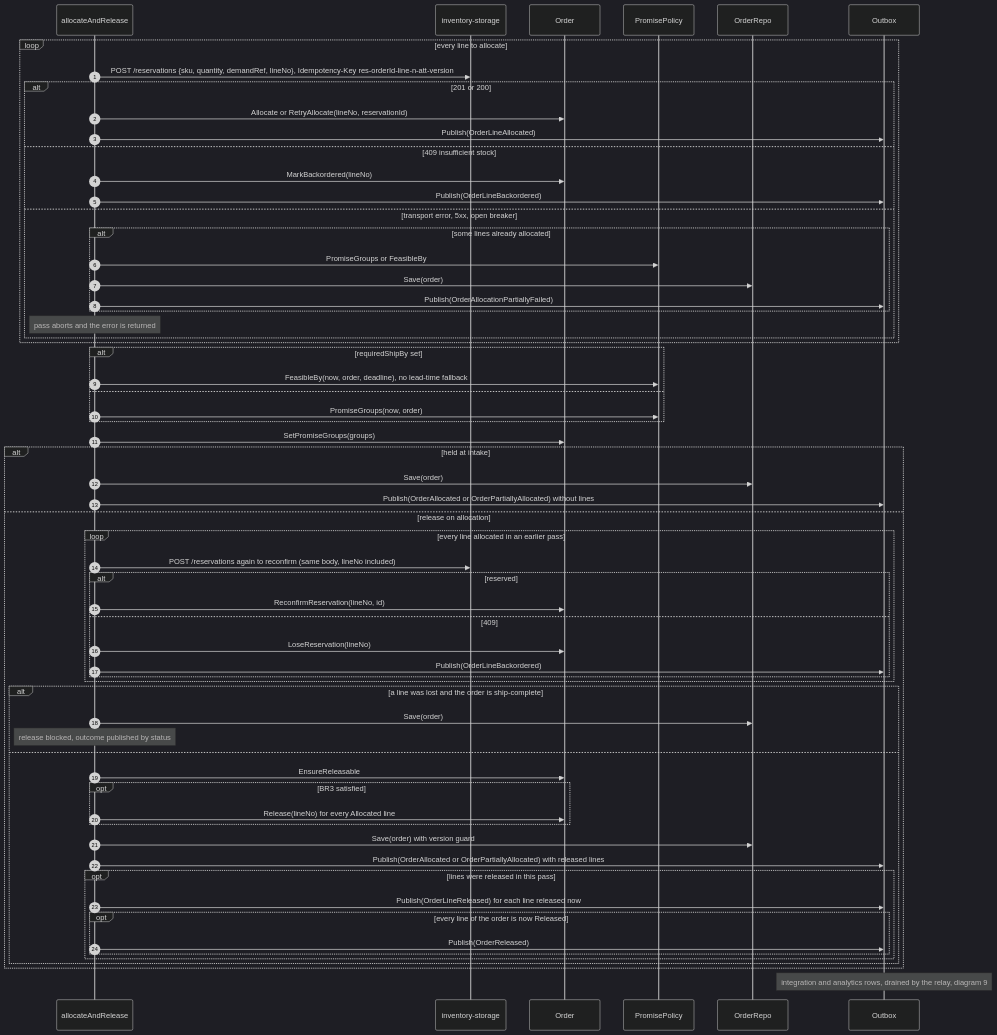
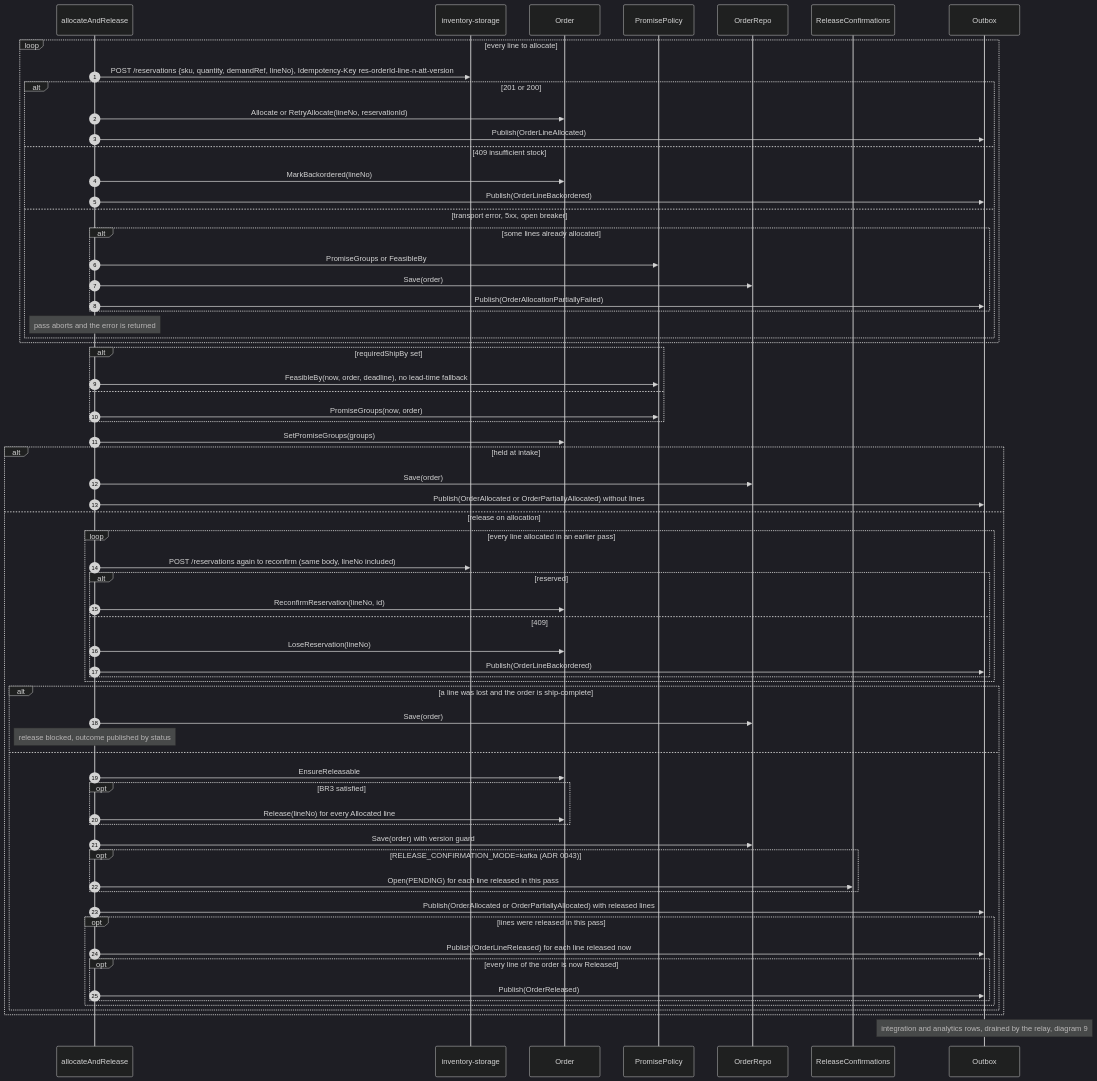
Before and after one commit to IQVO/warehouse-docs: the second of 11 diagrams in docs/contexts/order-management/sequence-diagrams.md, drawn with Mermaid (dark theme). The commit also changed other lines of this file and 53 other files, not shown here.

````diff
--- a/docs/contexts/order-management/sequence-diagrams.md
+++ b/docs/contexts/order-management/sequence-diagrams.md
@@ -107,66 +107,70 @@
 ```mermaid
 sequenceDiagram
   autonumber
   participant UC as allocateAndRelease
   participant INV as inventory-storage
   participant O as Order
   participant PP as PromisePolicy
   participant R as OrderRepo
+  participant RC as ReleaseConfirmations
   participant OB as Outbox
 
   loop every line to allocate
     UC->>INV: POST /reservations {sku, quantity, demandRef, lineNo}, Idempotency-Key res-orderId-line-n-att-version
     alt 201 or 200
       UC->>O: Allocate or RetryAllocate(lineNo, reservationId)
       UC->>OB: Publish(OrderLineAllocated)
     else 409 insufficient stock
       UC->>O: MarkBackordered(lineNo)
       UC->>OB: Publish(OrderLineBackordered)
     else transport error, 5xx, open breaker
       alt some lines already allocated
         UC->>PP: PromiseGroups or FeasibleBy
         UC->>R: Save(order)
         UC->>OB: Publish(OrderAllocationPartiallyFailed)
       end
       Note over UC: pass aborts and the error is returned
     end
   end
   alt requiredShipBy set
     UC->>PP: FeasibleBy(now, order, deadline), no lead-time fallback
   else
     UC->>PP: PromiseGroups(now, order)
   end
   UC->>O: SetPromiseGroups(groups)
   alt held at intake
     UC->>R: Save(order)
     UC->>OB: Publish(OrderAllocated or OrderPartiallyAllocated) without lines
   else release on allocation
     loop every line allocated in an earlier pass
       UC->>INV: POST /reservations again to reconfirm (same body, lineNo included)
       alt reserved
         UC->>O: ReconfirmReservation(lineNo, id)
       else 409
         UC->>O: LoseReservation(lineNo)
         UC->>OB: Publish(OrderLineBackordered)
       end
     end
     alt a line was lost and the order is ship-complete
       UC->>R: Save(order)
       Note over UC: release blocked, outcome published by status
     else
       UC->>O: EnsureReleasable
       opt BR3 satisfied
         UC->>O: Release(lineNo) for every Allocated line
       end
       UC->>R: Save(order) with version guard
+      opt RELEASE_CONFIRMATION_MODE=kafka (ADR 0043)
+        UC->>RC: Open(PENDING) for each line released in this pass
+      end
       UC->>OB: Publish(OrderAllocated or OrderPartiallyAllocated) with released lines
       opt lines were released in this pass
         UC->>OB: Publish(OrderLineReleased) for each line released now
         opt every line of the order is now Released
           UC->>OB: Publish(OrderReleased)
         end
       end
     end
   end
   Note over OB: integration and analytics rows, drained by the relay, diagram 9
 ```
````
